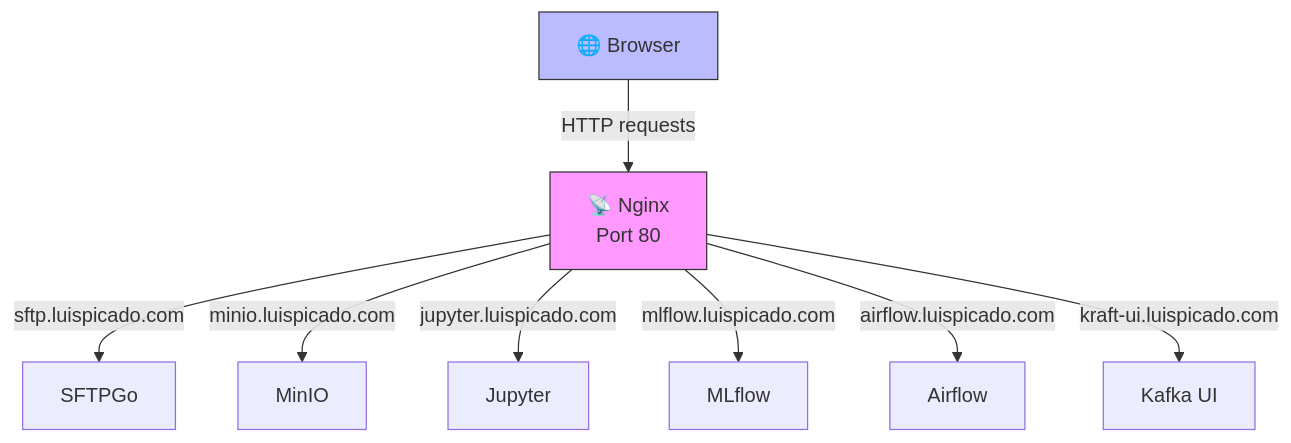
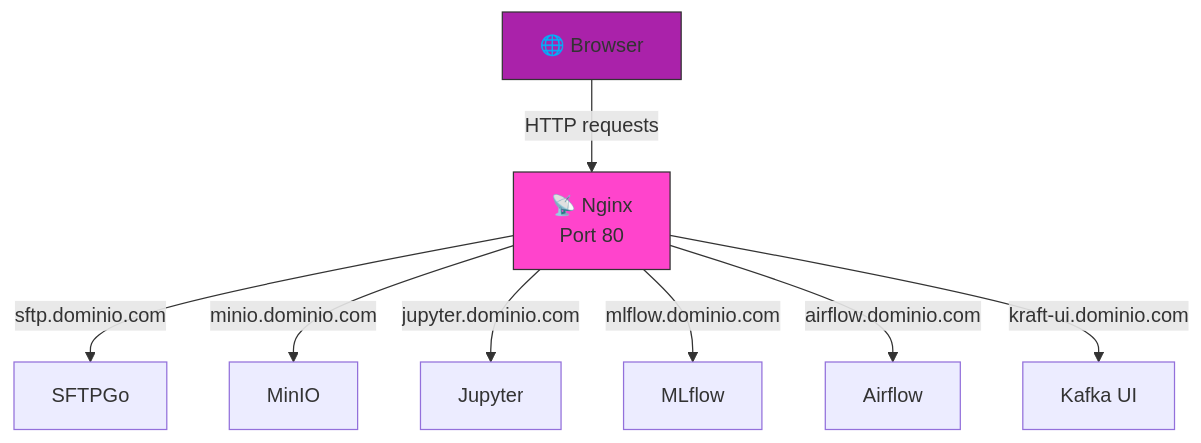
One commit to Kriathos/docker-stacks changed the diagram in web/README.md. Above: the diagram before and after it, drawn with Mermaid. The commit also changed other lines of this file and 6 other files, not shown here.

````diff
--- a/web/README.md
+++ b/web/README.md
@@ -139,16 +139,16 @@
 ```mermaid
 flowchart TB
   Browser[🌐 Browser]
   
   Browser -->|HTTP requests| Nginx["📡 Nginx<br/>Port 80"]
   
-  Nginx -->|sftp.luispicado.com| SFTPGo["SFTPGo"]
-  Nginx -->|minio.luispicado.com| MinIO["MinIO"]
-  Nginx -->|jupyter.luispicado.com| Jupyter["Jupyter"]
-  Nginx -->|mlflow.luispicado.com| MLflow["MLflow"]
-  Nginx -->|airflow.luispicado.com| Airflow["Airflow"]
-  Nginx -->|kraft-ui.luispicado.com| KafkaUI["Kafka UI"]
+  Nginx -->|sftp.dominio.com| SFTPGo["SFTPGo"]
+  Nginx -->|minio.dominio.com| MinIO["MinIO"]
+  Nginx -->|jupyter.dominio.com| Jupyter["Jupyter"]
+  Nginx -->|mlflow.dominio.com| MLflow["MLflow"]
+  Nginx -->|airflow.dominio.com| Airflow["Airflow"]
+  Nginx -->|kraft-ui.dominio.com| KafkaUI["Kafka UI"]
   
-  style Nginx fill:#f9f,stroke:#333
-  style Browser fill:#bbf,stroke:#333
+  style Nginx fill:#f4c,stroke:#333
+  style Browser fill:#a2a,stroke:#333
 ```
````
